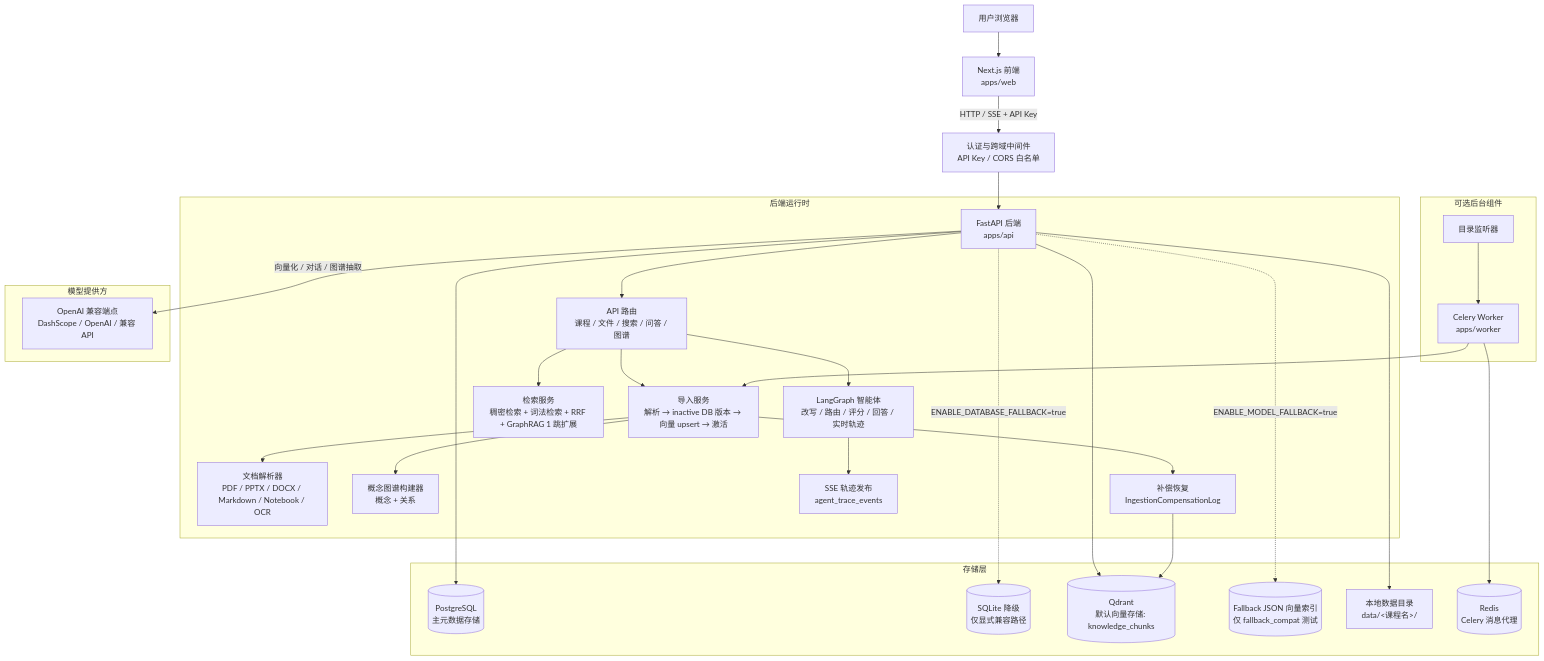
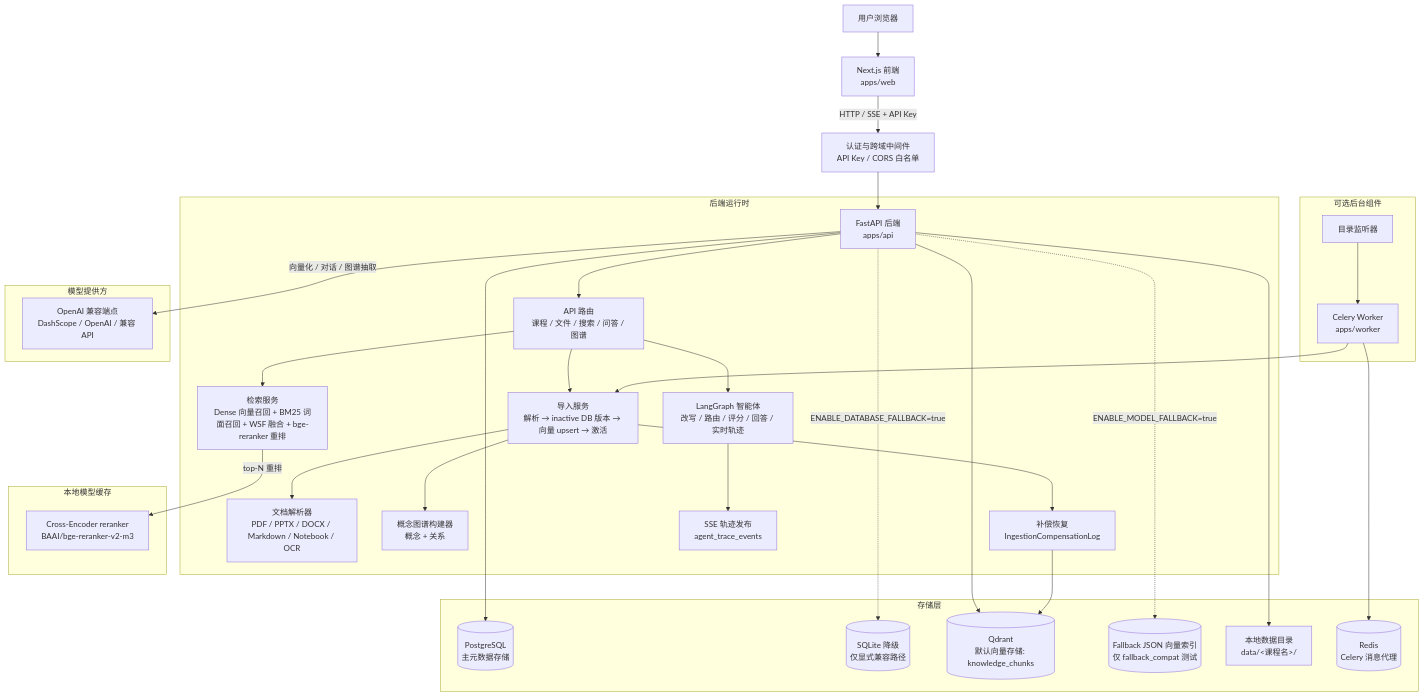
The first of 6 diagrams in README.md (Sggggt/DialoGraph), drawn with Mermaid before and after one commit. The commit also changed other lines of this file and 8 other files, not shown here.

Commit message:
feat: 检索架构已升级为Dense + BM25 + WSF + bge-reranker，GraphRAG待升级

````diff
--- a/README.md
+++ b/README.md
@@ -11,45 +11,50 @@
 ```mermaid
 flowchart TB
     U["用户浏览器"] --> W["Next.js 前端<br/>apps/web"]
     W -->|HTTP / SSE + API Key| SECURITY["认证与跨域中间件<br/>API Key / CORS 白名单"]
     SECURITY --> API["FastAPI 后端<br/>apps/api"]
 
     subgraph API_RUNTIME["后端运行时"]
         API --> ROUTES["API 路由<br/>课程 / 文件 / 搜索 / 问答 / 图谱"]
         ROUTES --> INGEST["导入服务<br/>解析 → inactive DB 版本 → 向量 upsert → 激活"]
-        ROUTES --> RETRIEVAL["检索服务<br/>稠密检索 + 词法检索 + RRF + GraphRAG 1 跳扩展"]
+        ROUTES --> RETRIEVAL["检索服务<br/>Dense 向量召回 + BM25 词面召回 + WSF 融合 + bge-reranker 重排"]
         ROUTES --> AGENT["LangGraph 智能体<br/>改写 / 路由 / 评分 / 回答 / 实时轨迹"]
         INGEST --> PARSERS["文档解析器<br/>PDF / PPTX / DOCX / Markdown / Notebook / OCR"]
         INGEST --> GRAPH["概念图谱构建器<br/>概念 + 关系"]
         INGEST --> COMP["补偿恢复<br/>IngestionCompensationLog"]
         AGENT --> TRACE["SSE 轨迹发布<br/>agent_trace_events"]
     end
 
     subgraph WORKERS["可选后台组件"]
         CELERY["Celery Worker<br/>apps/worker"] --> INGEST
         WATCHER["目录监听器"] --> CELERY
     end
 
     subgraph STORES["存储层"]
         DB[("PostgreSQL<br/>主元数据存储")]
         SQLITE[("SQLite 降级<br/>仅显式兼容路径")]
         QDRANT[("Qdrant<br/>默认向量存储: knowledge_chunks")]
         FALLBACK[("Fallback JSON 向量索引<br/>仅 fallback_compat 测试")]
         FS["本地数据目录<br/>data/<课程名>/"]
         REDIS[("Redis<br/>Celery 消息代理")]
     end
 
     API --> DB
     API -. "ENABLE_DATABASE_FALLBACK=true" .-> SQLITE
     API --> QDRANT
     COMP --> QDRANT
     API -. "ENABLE_MODEL_FALLBACK=true" .-> FALLBACK
     API --> FS
     CELERY --> REDIS
 
     subgraph MODEL["模型提供方"]
         LLM["OpenAI 兼容端点<br/>DashScope / OpenAI / 兼容 API"]
     end
 
+    subgraph LOCAL_MODEL["本地模型缓存"]
+        RERANKER["Cross-Encoder reranker<br/>BAAI/bge-reranker-v2-m3"]
+    end
+
     API -->|向量化 / 对话 / 图谱抽取| LLM
+    RETRIEVAL -->|top-N 重排| RERANKER
 ```
````
